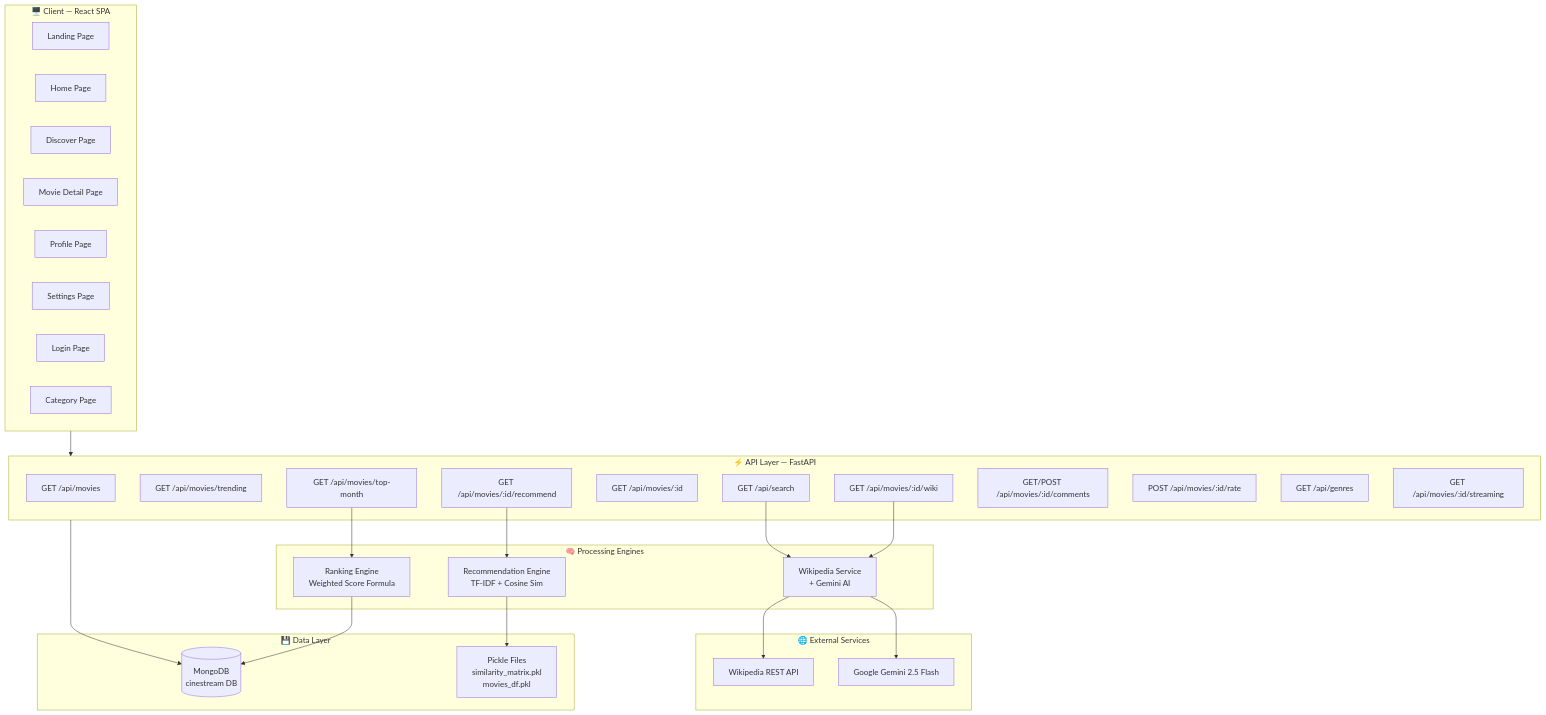
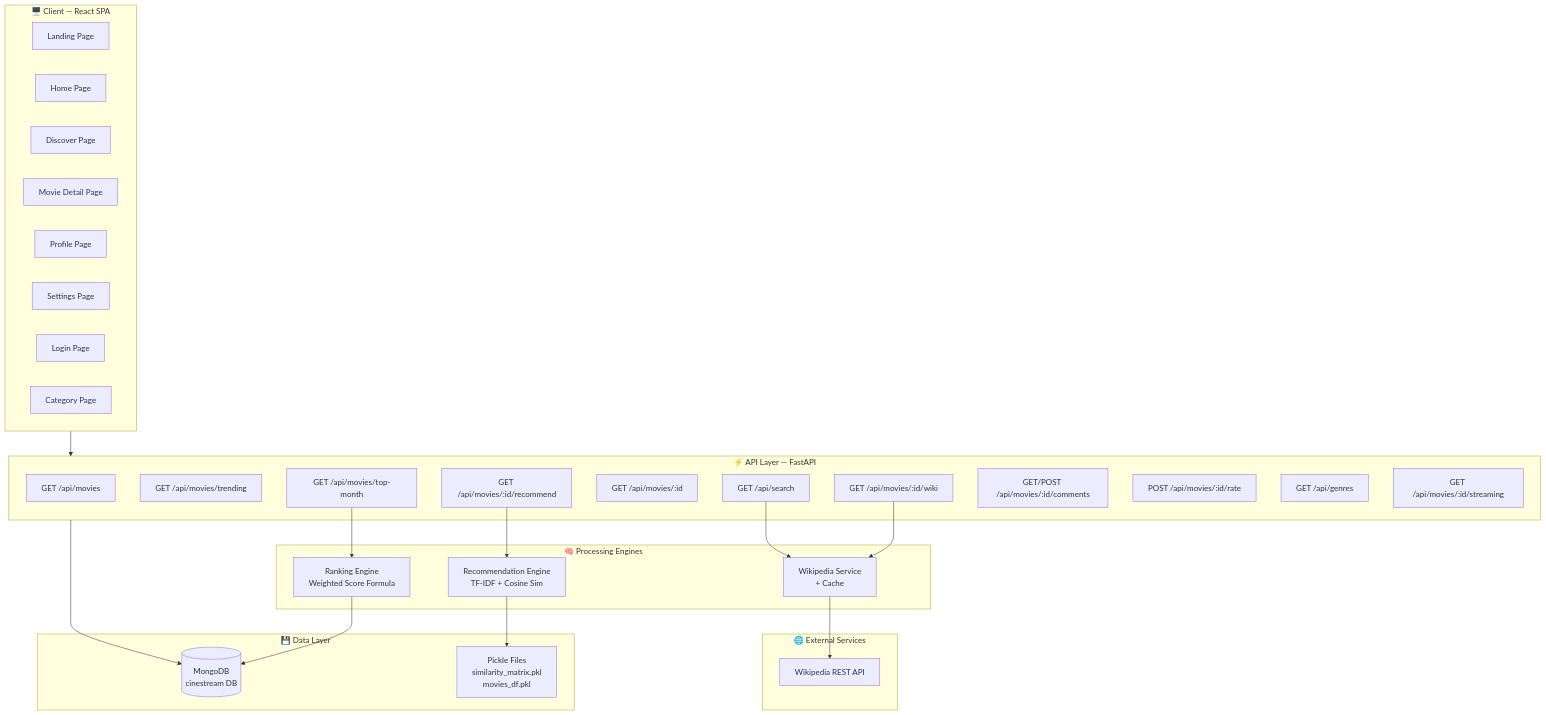
Before and after one commit to Storm1289/movie-recommendation-system-ojt: the first of 10 diagrams in Readme.md, drawn with Mermaid. The commit also changed other lines of this file and 8 other files, not shown here.

````diff
--- a/Readme.md
+++ b/Readme.md
@@ -135,54 +136,52 @@
 ```mermaid
 graph TB
     subgraph Client["🖥️ Client — React SPA"]
         Landing["Landing Page"]
         Home["Home Page"]
         Discover["Discover Page"]
         MovieDetail["Movie Detail Page"]
         Profile["Profile Page"]
         Settings["Settings Page"]
         Login["Login Page"]
         Category["Category Page"]
     end
 
     subgraph API_Layer["⚡ API Layer — FastAPI"]
         MoviesAPI["GET /api/movies"]
         TrendingAPI["GET /api/movies/trending"]
         TopMonthAPI["GET /api/movies/top-month"]
         SearchAPI["GET /api/search"]
         DetailAPI["GET /api/movies/:id"]
         RecommendAPI["GET /api/movies/:id/recommend"]
         WikiAPI["GET /api/movies/:id/wiki"]
         CommentsAPI["GET/POST /api/movies/:id/comments"]
         RateAPI["POST /api/movies/:id/rate"]
         GenresAPI["GET /api/genres"]
         StreamingAPI["GET /api/movies/:id/streaming"]
     end
 
     subgraph Engines["🧠 Processing Engines"]
         RecEngine["Recommendation Engine<br/>TF-IDF + Cosine Sim"]
         RankEngine["Ranking Engine<br/>Weighted Score Formula"]
-        WikiService["Wikipedia Service<br/>+ Gemini AI"]
+        WikiService["Wikipedia Service<br/>+ Cache"]
     end
 
     subgraph Data["💾 Data Layer"]
         MongoDB[(MongoDB<br/>cinestream DB)]
         Pickles["Pickle Files<br/>similarity_matrix.pkl<br/>movies_df.pkl"]
     end
 
     subgraph External["🌐 External Services"]
         WikiAPI_Ext["Wikipedia REST API"]
-        GeminiAI["Google Gemini 2.5 Flash"]
     end
 
     Client --> API_Layer
     RecommendAPI --> RecEngine
     TopMonthAPI --> RankEngine
     WikiAPI --> WikiService
     SearchAPI --> WikiService
     RecEngine --> Pickles
     WikiService --> WikiAPI_Ext
-    WikiService --> GeminiAI
     API_Layer --> MongoDB
     RankEngine --> MongoDB
 ```
````
